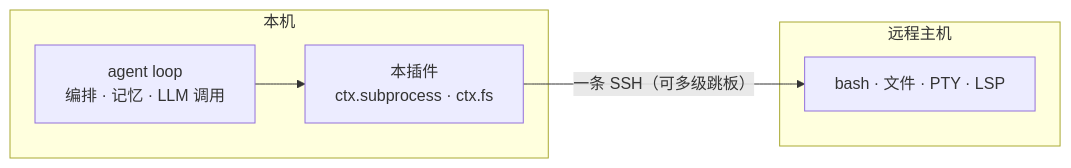
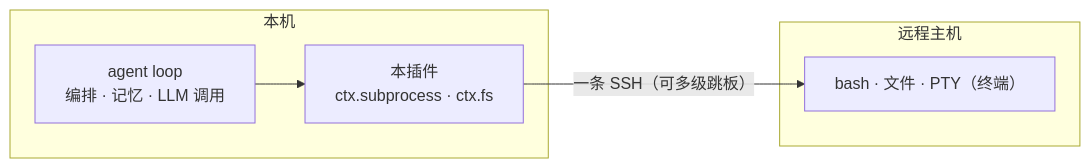
One commit to DobyChao/dsh-workspace-enhancement changed the diagram in README.zh.md. Above: the diagram before and after it, drawn with Mermaid. The commit also changed other lines of this file and 5 other files, not shown here.

Commit message:
docs: drop the unimplemented LSP claim (README/CHANGELOG); sync lock to 0.1.0; ignore *.tgz; roadmap test count

````diff
--- a/README.zh.md
+++ b/README.zh.md
@@ -25,10 +25,10 @@
 ```mermaid
 flowchart LR
     subgraph local["本机"]
         agent["agent loop<br/>编排 · 记忆 · LLM 调用"] --> seam["本插件<br/>ctx.subprocess · ctx.fs"]
     end
     subgraph remote["远程主机"]
-        run["bash · 文件 · PTY · LSP"]
+        run["bash · 文件 · PTY（终端）"]
     end
     seam -- "一条 SSH（可多级跳板）" --> run
 ```
````
